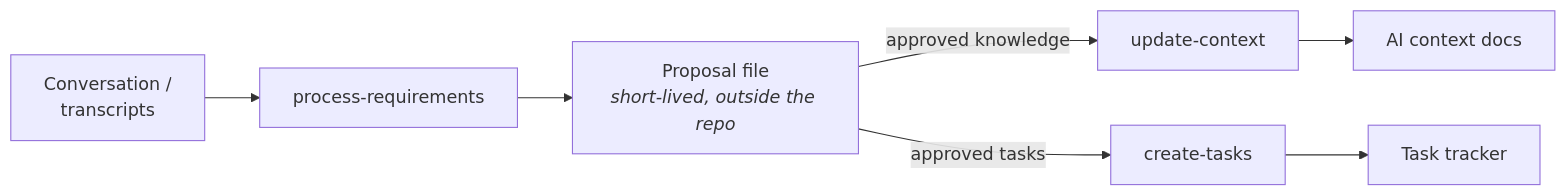
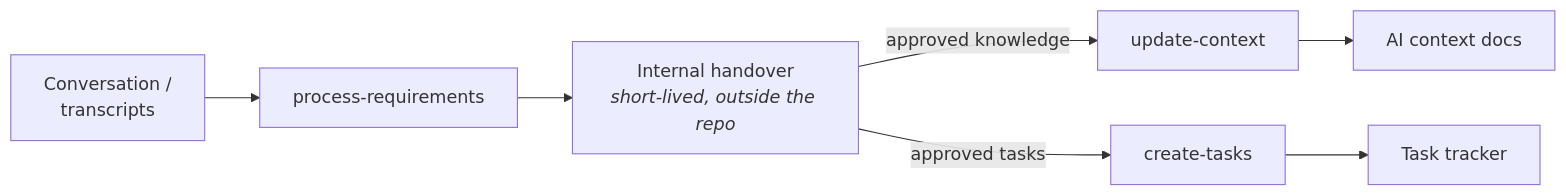
One commit to quiram/winnow changed the diagram in README.md. Above: the diagram before and after it, drawn with Mermaid. The commit also changed other lines of this file and 3 other files, not shown here.

Commit message:
Proposal is internal plumbing: no format spec, no numbering, no path reporting

````diff
--- a/README.md
+++ b/README.md
@@ -21,9 +21,9 @@
 ```mermaid
 flowchart LR
     A[Conversation /<br/>transcripts] --> P[process-requirements]
-    P --> F[Proposal file<br/><i>short-lived, outside the repo</i>]
+    P --> F[Internal handover<br/><i>short-lived, outside the repo</i>]
     F -->|approved knowledge| C[update-context]
     F -->|approved tasks| T[create-tasks]
     C --> D[AI context docs]
     T --> K[Task tracker]
 ```
````
